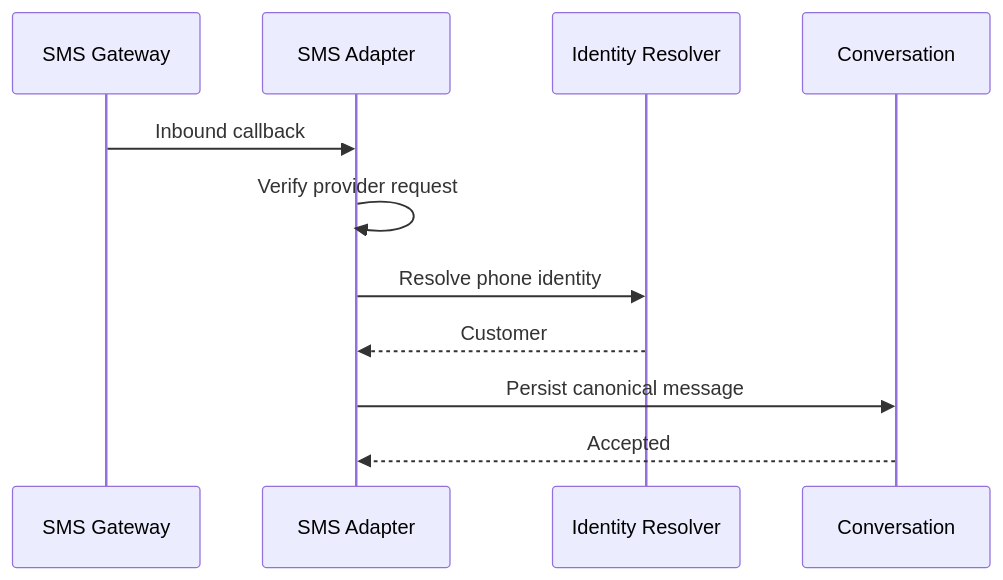
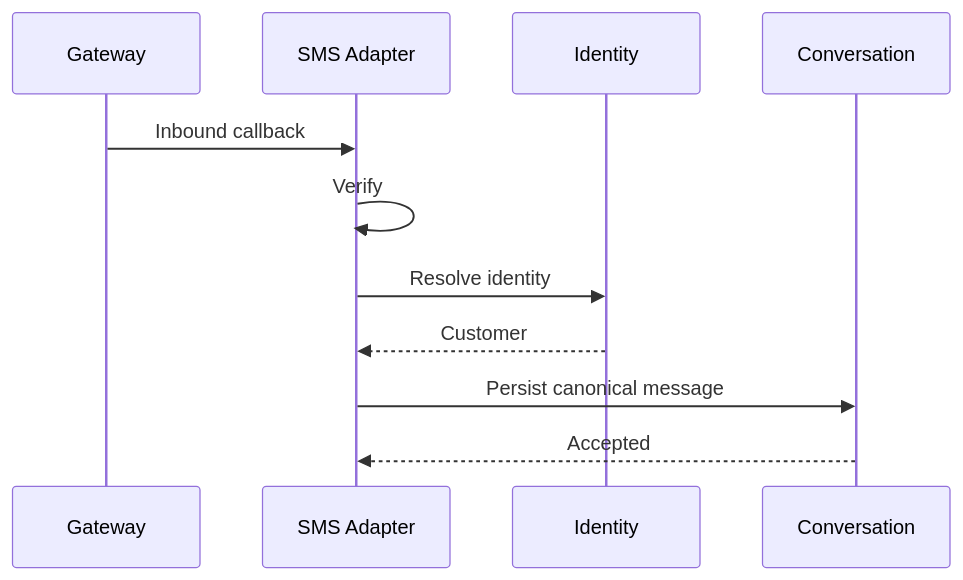
The first of 2 diagrams in docs/integrations/sms.md (D-engahmed/OMILINKS), drawn with Mermaid before and after one commit. The commit also changed other lines of this file and 3 other files, not shown here.

```diff
--- a/docs/integrations/sms.md
+++ b/docs/integrations/sms.md
@@ -40,13 +35,13 @@
 ~~~mermaid
 sequenceDiagram
-    participant G as SMS Gateway
-    participant A as SMS Adapter
-    participant I as Identity Resolver
-    participant C as Conversation
-    G->>A: Inbound callback
-    A->>A: Verify provider request
-    A->>I: Resolve phone identity
-    I-->>A: Customer
-    A->>C: Persist canonical message
-    C-->>A: Accepted
+participant G as Gateway
+participant A as SMS Adapter
+participant I as Identity
+participant C as Conversation
+G->>A: Inbound callback
+A->>A: Verify
+A->>I: Resolve identity
+I-->>A: Customer
+A->>C: Persist canonical message
+C-->>A: Accepted
 ~~~
```
